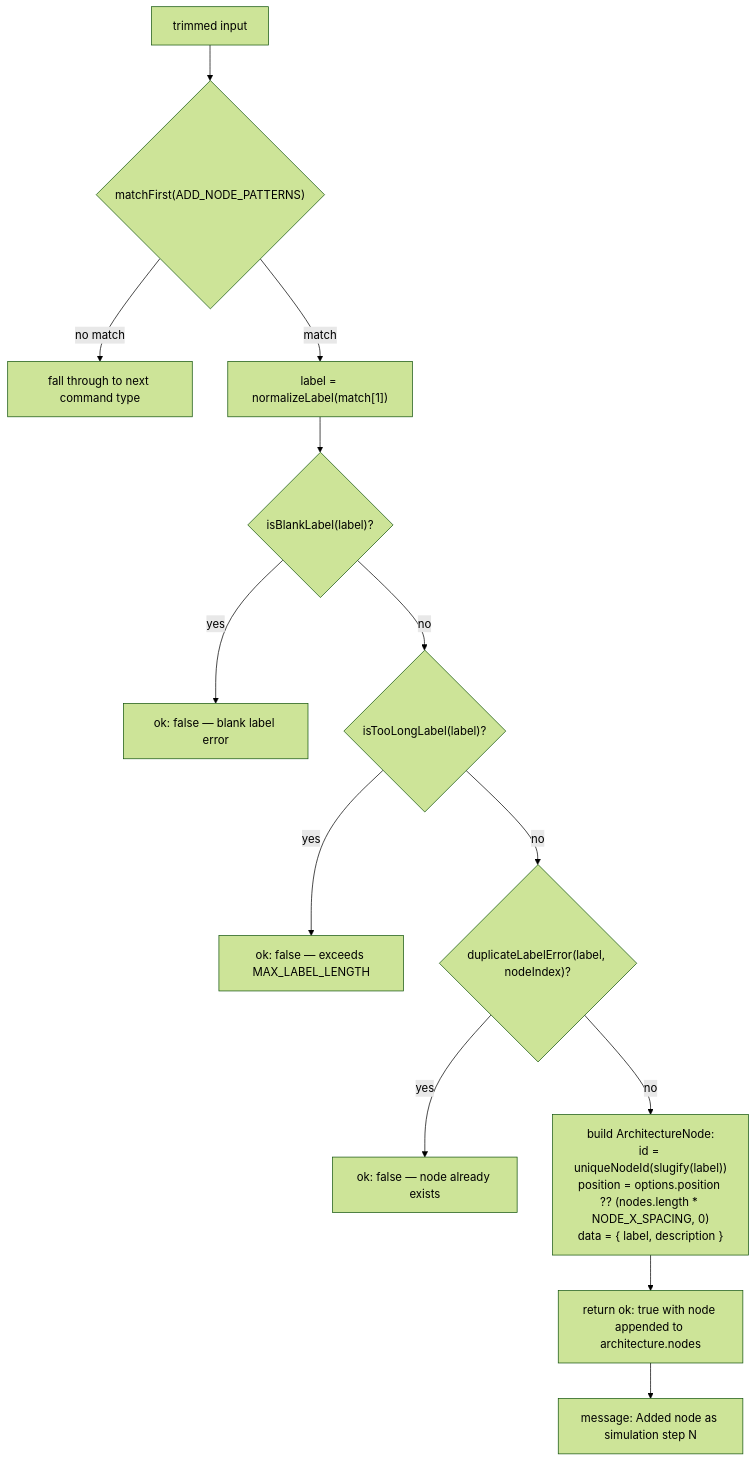
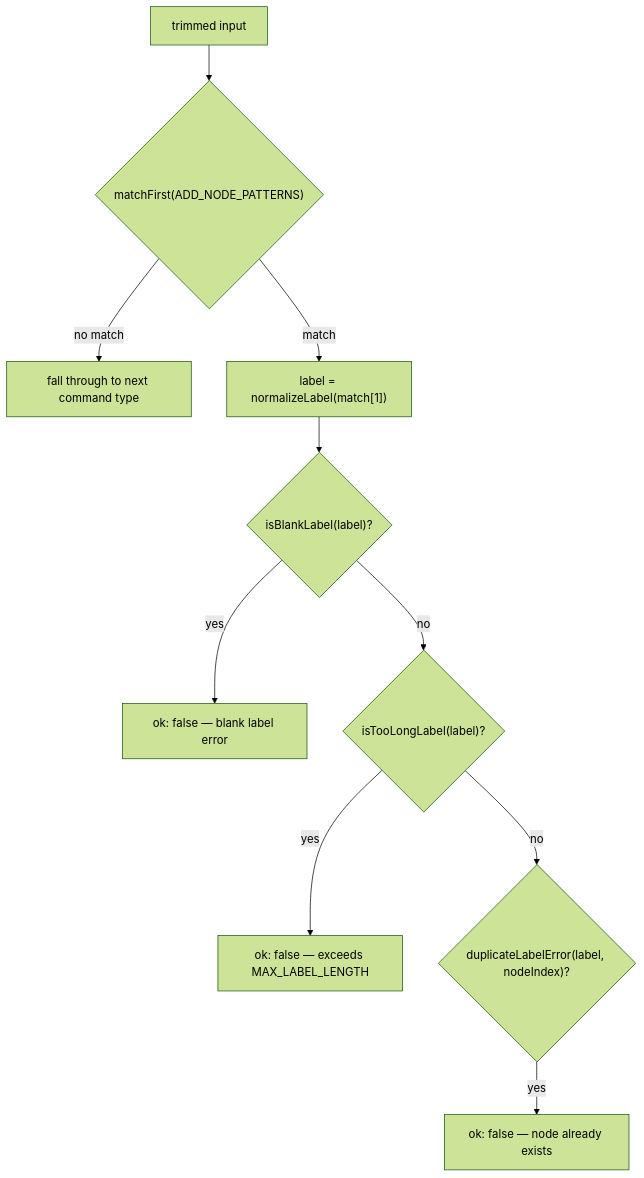
Before and after one commit to jgyy/architect-model: the first of 2 diagrams in docs/categories/add-node.md, drawn with Mermaid (forest theme). The commit also changed other lines of this file and 31 other files, not shown here.

Commit message:
docs: split mermaids into 2 for easier viewing (#52)

````diff
--- a/docs/categories/add-node.md
+++ b/docs/categories/add-node.md
@@ -7,15 +9,12 @@
 ```mermaid
 flowchart TD
     A["trimmed input"] --> B{"matchFirst(ADD_NODE_PATTERNS)"}
     B -- "no match" --> Z["fall through to next command type"]
     B -- "match" --> C["label = normalizeLabel(match[1])"]
     C --> D{"isBlankLabel(label)?"}
     D -- yes --> E["ok: false — blank label error"]
     D -- no --> F{"isTooLongLabel(label)?"}
     F -- yes --> G["ok: false — exceeds MAX_LABEL_LENGTH"]
     F -- no --> H{"duplicateLabelError(label, nodeIndex)?"}
     H -- yes --> I["ok: false — node already exists"]
-    H -- no --> J["build ArchitectureNode:\nid = uniqueNodeId(slugify(label))\nposition = options.position ?? (nodes.length * NODE_X_SPACING, 0)\ndata = { label, description }"]
-    J --> K["return ok: true with node appended to architecture.nodes"]
-    K --> L["message: Added node as simulation step N"]
 ```
````
